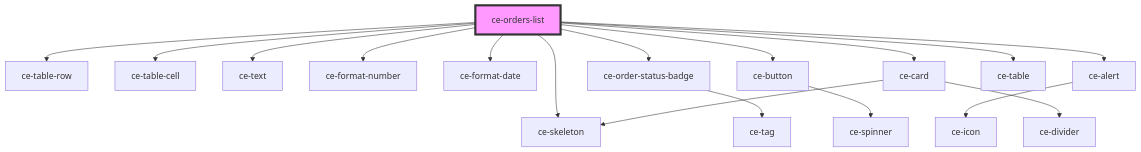
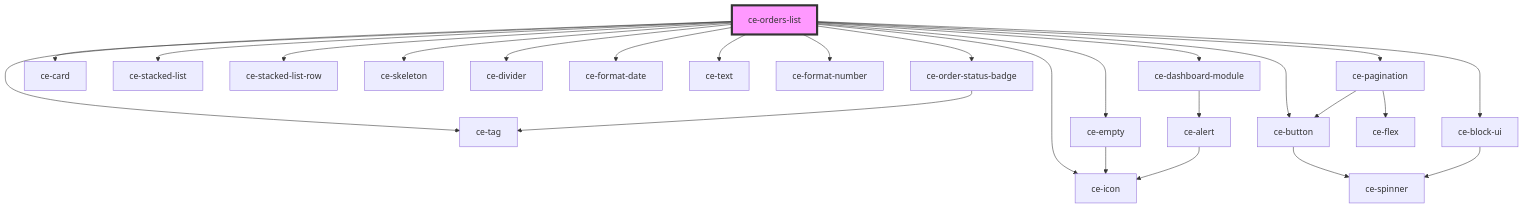
The diagram in packages/components/src/components/controllers/dashboard/orders-list/readme.md (surecart/surecart-wp-plugin), drawn with Mermaid before and after one commit. The commit also changed other lines of this file and 118 other files, not shown here.

````diff
--- a/packages/components/src/components/controllers/dashboard/orders-list/readme.md
+++ b/packages/components/src/components/controllers/dashboard/orders-list/readme.md
@@ -32,20 +39,28 @@
 ```mermaid
 graph TD;
-  ce-orders-list --> ce-table-row
-  ce-orders-list --> ce-table-cell
+  ce-orders-list --> ce-tag
+  ce-orders-list --> ce-order-status-badge
+  ce-orders-list --> ce-card
+  ce-orders-list --> ce-stacked-list
+  ce-orders-list --> ce-stacked-list-row
   ce-orders-list --> ce-skeleton
+  ce-orders-list --> ce-divider
+  ce-orders-list --> ce-empty
+  ce-orders-list --> ce-format-date
   ce-orders-list --> ce-text
   ce-orders-list --> ce-format-number
-  ce-orders-list --> ce-format-date
-  ce-orders-list --> ce-order-status-badge
+  ce-orders-list --> ce-dashboard-module
   ce-orders-list --> ce-button
-  ce-orders-list --> ce-alert
-  ce-orders-list --> ce-card
-  ce-orders-list --> ce-table
+  ce-orders-list --> ce-icon
+  ce-orders-list --> ce-pagination
+  ce-orders-list --> ce-block-ui
   ce-order-status-badge --> ce-tag
+  ce-empty --> ce-icon
+  ce-dashboard-module --> ce-alert
+  ce-alert --> ce-icon
   ce-button --> ce-spinner
-  ce-alert --> ce-icon
-  ce-card --> ce-skeleton
-  ce-card --> ce-divider
+  ce-pagination --> ce-flex
+  ce-pagination --> ce-button
+  ce-block-ui --> ce-spinner
   style ce-orders-list fill:#f9f,stroke:#333,stroke-width:4px
 ```
````
